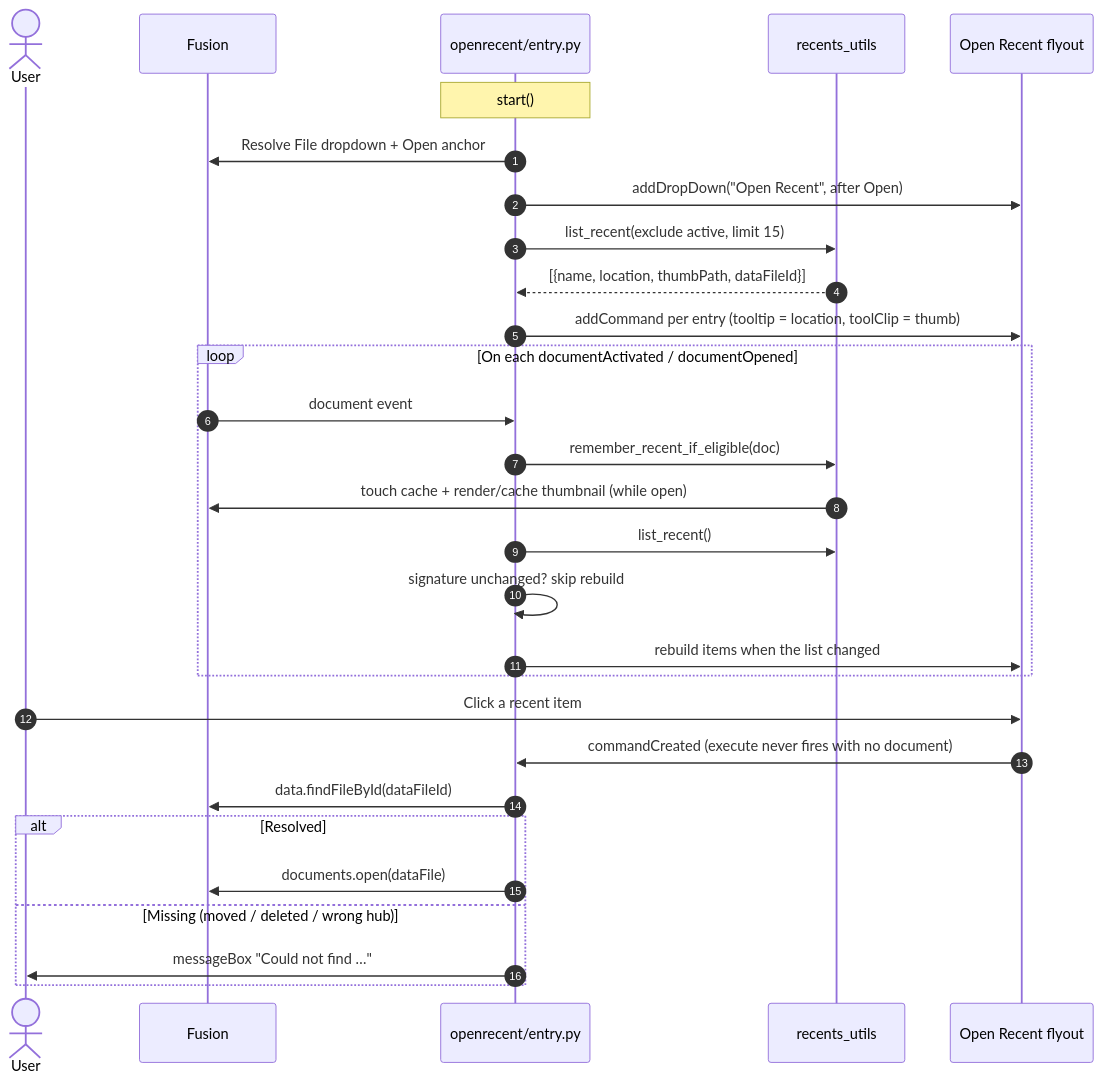
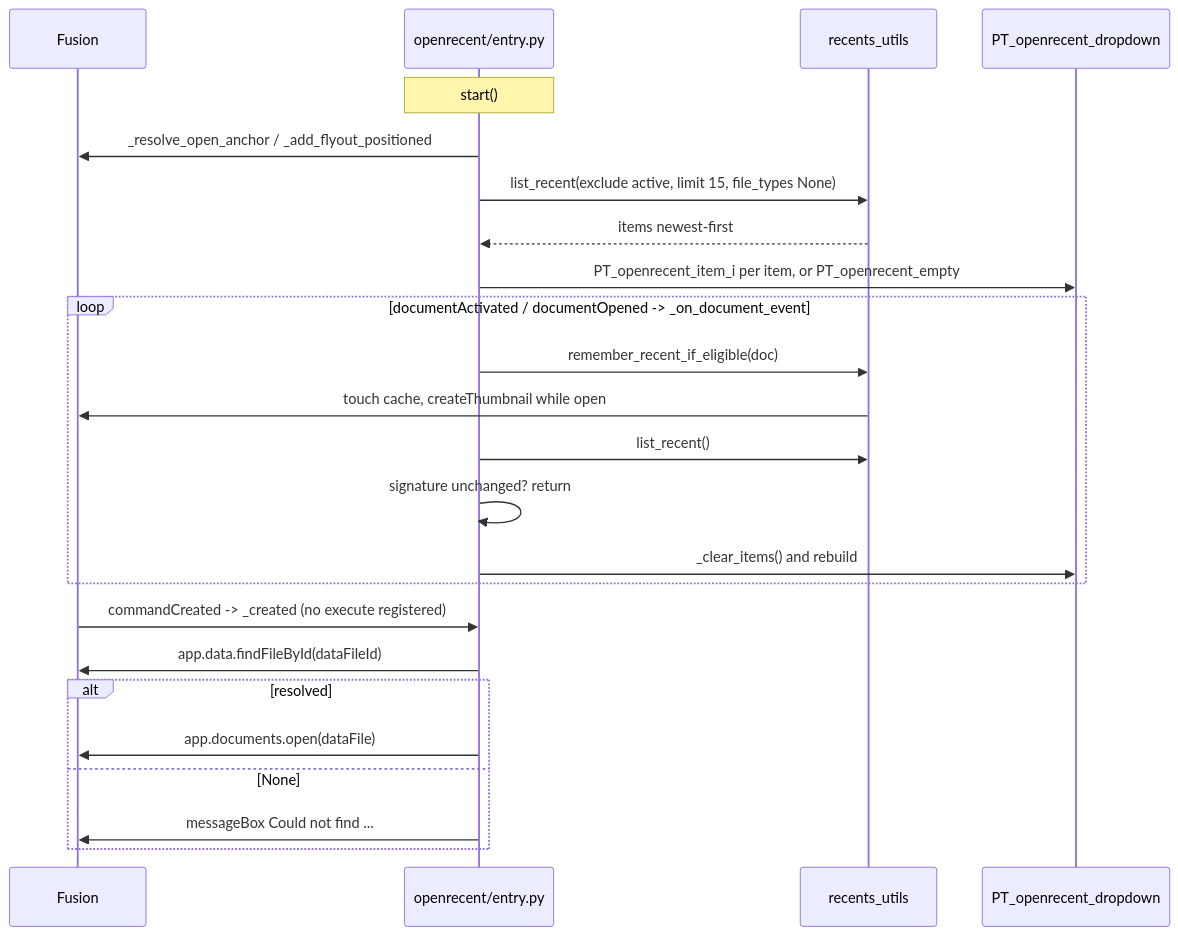
The diagram in docs/arch/Open Recent.md (schneik80/PowerTools), drawn with Mermaid before and after one commit. The commit also changed other lines of this file and 69 other files, not shown here.

````diff
--- a/docs/arch/Open Recent.md
+++ b/docs/arch/Open Recent.md
@@ -117,34 +72,29 @@
 ```mermaid
 sequenceDiagram
-    autonumber
-    actor User
     participant Fusion
     participant Entry as openrecent/entry.py
     participant Recents as recents_utils
-    participant Flyout as Open Recent flyout
+    participant Flyout as PT_openrecent_dropdown
 
     Note over Entry: start()
-    Entry->>Fusion: Resolve File dropdown + Open anchor
-    Entry->>Flyout: addDropDown("Open Recent", after Open)
-    Entry->>Recents: list_recent(exclude active, limit 15)
-    Recents-->>Entry: [{name, location, thumbPath, dataFileId}]
-    Entry->>Flyout: addCommand per entry (tooltip = location, toolClip = thumb)
+    Entry->>Fusion: _resolve_open_anchor / _add_flyout_positioned
+    Entry->>Recents: list_recent(exclude active, limit 15, file_types None)
+    Recents-->>Entry: items newest-first
+    Entry->>Flyout: PT_openrecent_item_i per item, or PT_openrecent_empty
 
-    loop On each documentActivated / documentOpened
-        Fusion->>Entry: document event
+    loop documentActivated / documentOpened -> _on_document_event
         Entry->>Recents: remember_recent_if_eligible(doc)
-        Recents->>Fusion: touch cache + render/cache thumbnail (while open)
+        Recents->>Fusion: touch cache, createThumbnail while open
         Entry->>Recents: list_recent()
-        Entry->>Entry: signature unchanged? skip rebuild
-        Entry->>Flyout: rebuild items when the list changed
+        Entry->>Entry: signature unchanged? return
+        Entry->>Flyout: _clear_items() and rebuild
     end
 
-    User->>Flyout: Click a recent item
-    Flyout->>Entry: commandCreated (execute never fires with no document)
-    Entry->>Fusion: data.findFileById(dataFileId)
-    alt Resolved
-        Entry->>Fusion: documents.open(dataFile)
-    else Missing (moved / deleted / wrong hub)
-        Entry->>User: messageBox "Could not find …"
+    Fusion->>Entry: commandCreated -> _created (no execute registered)
+    Entry->>Fusion: app.data.findFileById(dataFileId)
+    alt resolved
+        Entry->>Fusion: app.documents.open(dataFile)
+    else None
+        Entry->>Fusion: messageBox Could not find ...
     end
 ```
````
